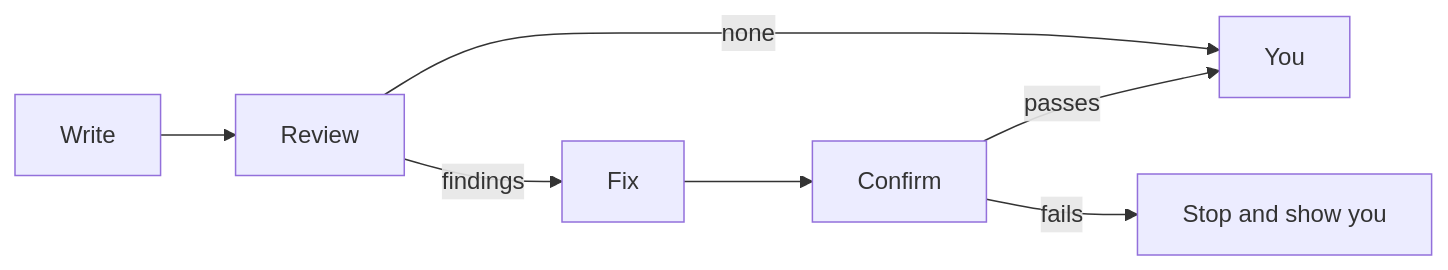
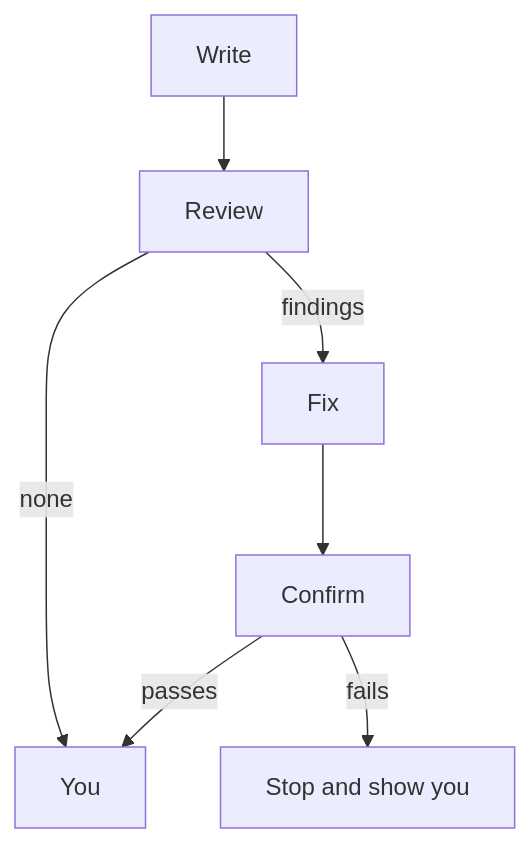
One commit to michaelmarconi/agentic-engineering changed the second of 2 diagrams in README.md. Above: the diagram before and after it, drawn with Mermaid. The commit also changed other lines of this file and 4 other files, not shown here.

````diff
--- a/README.md
+++ b/README.md
@@ -140,9 +166,9 @@
 ```mermaid
-flowchart LR
+flowchart TD
     Write --> Review
     Review -->|findings| Fix
     Review -->|none| You
     Fix --> Confirm
     Confirm -->|passes| You
     Confirm -->|fails| Stop[Stop and show you]
 ```
````
